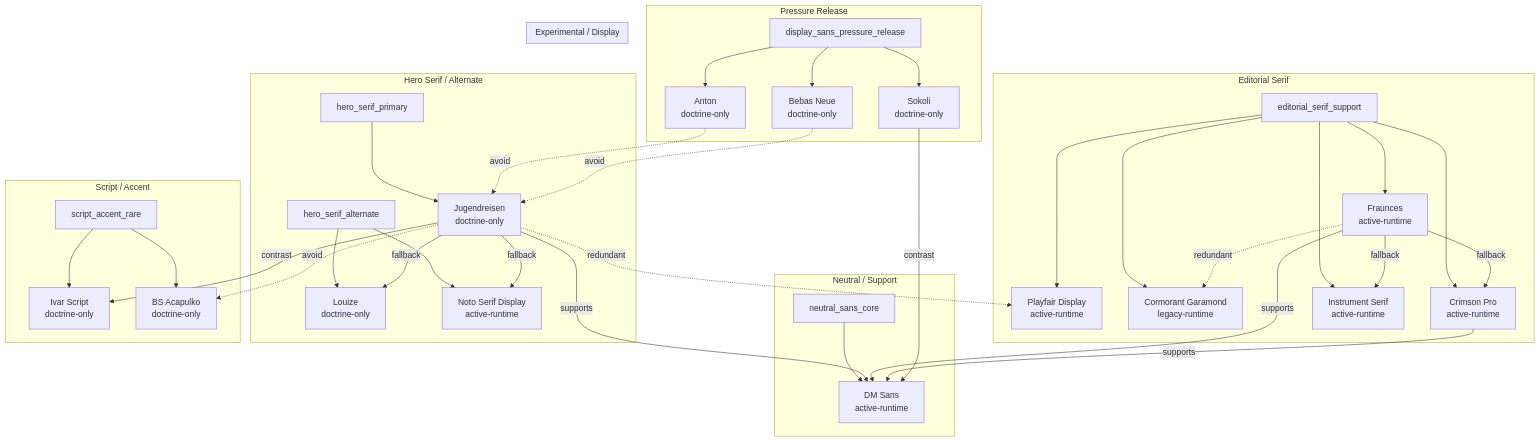
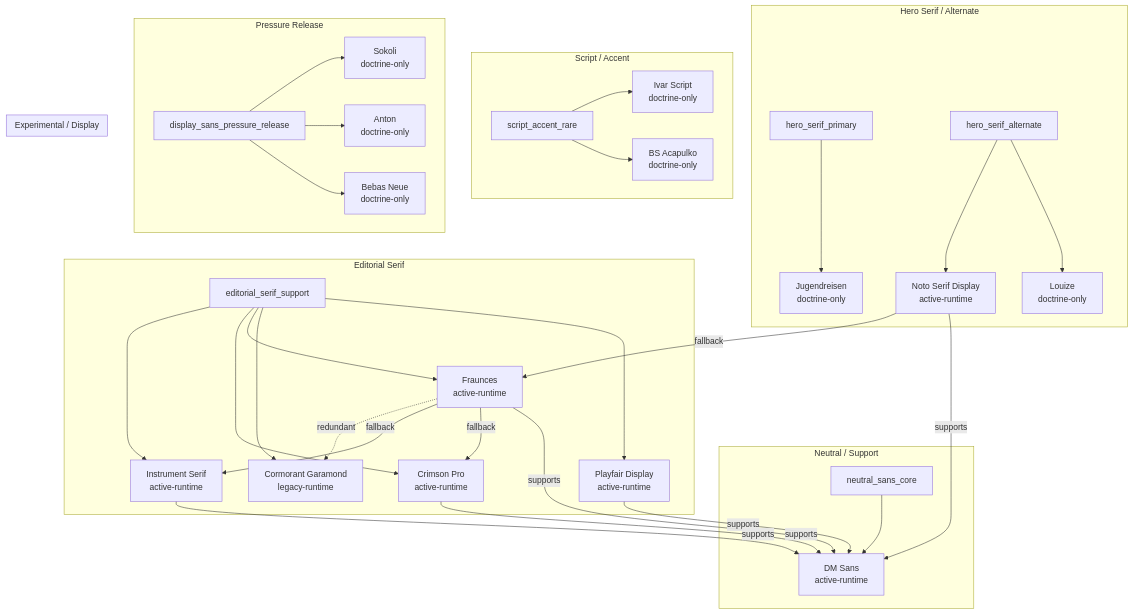
The diagram in docs/generated/typography-font-graph.mmd (igrisundead-ops/PROMETHEUS-CORE-BACKEND), drawn with Mermaid before and after one commit. The commit also changed 37 other files, not shown here.

```diff
--- a/docs/generated/typography-font-graph.mmd
+++ b/docs/generated/typography-font-graph.mmd
@@ -1,61 +1,56 @@
 graph TD
   subgraph Neutral___Support["Neutral / Support"]
   role_neutral_sans_core["neutral_sans_core"]
   dm_sans["DM Sans\nactive-runtime"]
   end
   subgraph Hero_Serif___Alternate["Hero Serif / Alternate"]
   role_hero_serif_primary["hero_serif_primary"]
   jugendreisen["Jugendreisen\ndoctrine-only"]
   role_hero_serif_alternate["hero_serif_alternate"]
   louize["Louize\ndoctrine-only"]
   noto_serif_display["Noto Serif Display\nactive-runtime"]
   end
   subgraph Editorial_Serif["Editorial Serif"]
   role_editorial_serif_support["editorial_serif_support"]
   playfair_display["Playfair Display\nactive-runtime"]
   cormorant_garamond["Cormorant Garamond\nlegacy-runtime"]
   fraunces["Fraunces\nactive-runtime"]
   crimson_pro["Crimson Pro\nactive-runtime"]
   instrument_serif["Instrument Serif\nactive-runtime"]
   end
   subgraph Script___Accent["Script / Accent"]
   role_script_accent_rare["script_accent_rare"]
   ivar_script["Ivar Script\ndoctrine-only"]
   bs_acapulko["BS Acapulko\ndoctrine-only"]
   end
   subgraph Pressure_Release["Pressure Release"]
   role_display_sans_pressure_release["display_sans_pressure_release"]
   sokoli["Sokoli\ndoctrine-only"]
   anton["Anton\ndoctrine-only"]
   bebas_neue["Bebas Neue\ndoctrine-only"]
   end
   subgraph Experimental___Display["Experimental / Display"]
   end
   role_hero_serif_primary --> jugendreisen
   role_hero_serif_alternate --> louize
   role_hero_serif_alternate --> noto_serif_display
   role_editorial_serif_support --> playfair_display
   role_editorial_serif_support --> cormorant_garamond
   role_editorial_serif_support --> fraunces
   role_editorial_serif_support --> crimson_pro
   role_editorial_serif_support --> instrument_serif
   role_neutral_sans_core --> dm_sans
   role_script_accent_rare --> ivar_script
   role_script_accent_rare --> bs_acapulko
   role_display_sans_pressure_release --> sokoli
   role_display_sans_pressure_release --> anton
   role_display_sans_pressure_release --> bebas_neue
-  jugendreisen -->|supports| dm_sans
-  jugendreisen -->|contrast| ivar_script
-  jugendreisen -. avoid .-> bs_acapulko
-  jugendreisen -->|fallback| louize
-  jugendreisen -->|fallback| noto_serif_display
-  jugendreisen -. redundant .-> playfair_display
   fraunces -->|supports| dm_sans
   fraunces -->|fallback| crimson_pro
   fraunces -->|fallback| instrument_serif
   fraunces -. redundant .-> cormorant_garamond
   crimson_pro -->|supports| dm_sans
-  sokoli -->|contrast| dm_sans
-  anton -. avoid .-> jugendreisen
-  bebas_neue -. avoid .-> jugendreisen
+  noto_serif_display -->|supports| dm_sans
+  noto_serif_display -->|fallback| fraunces
+  playfair_display -->|supports| dm_sans
+  instrument_serif -->|supports| dm_sans
```
